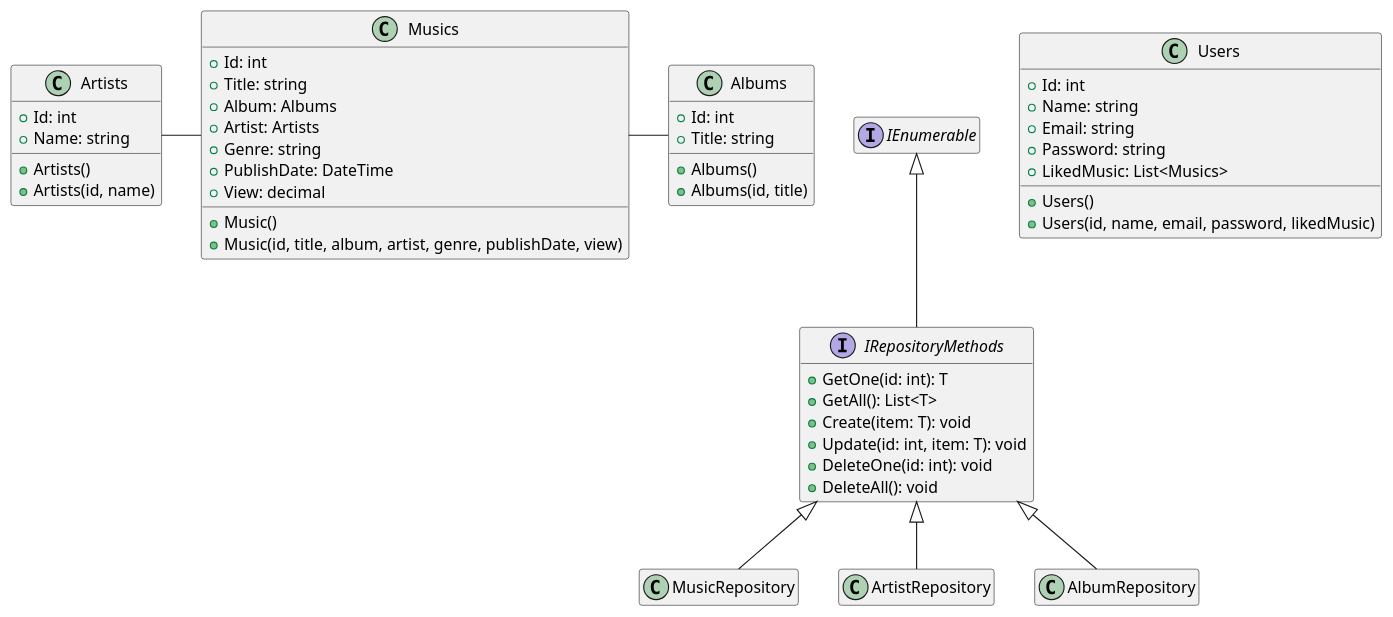
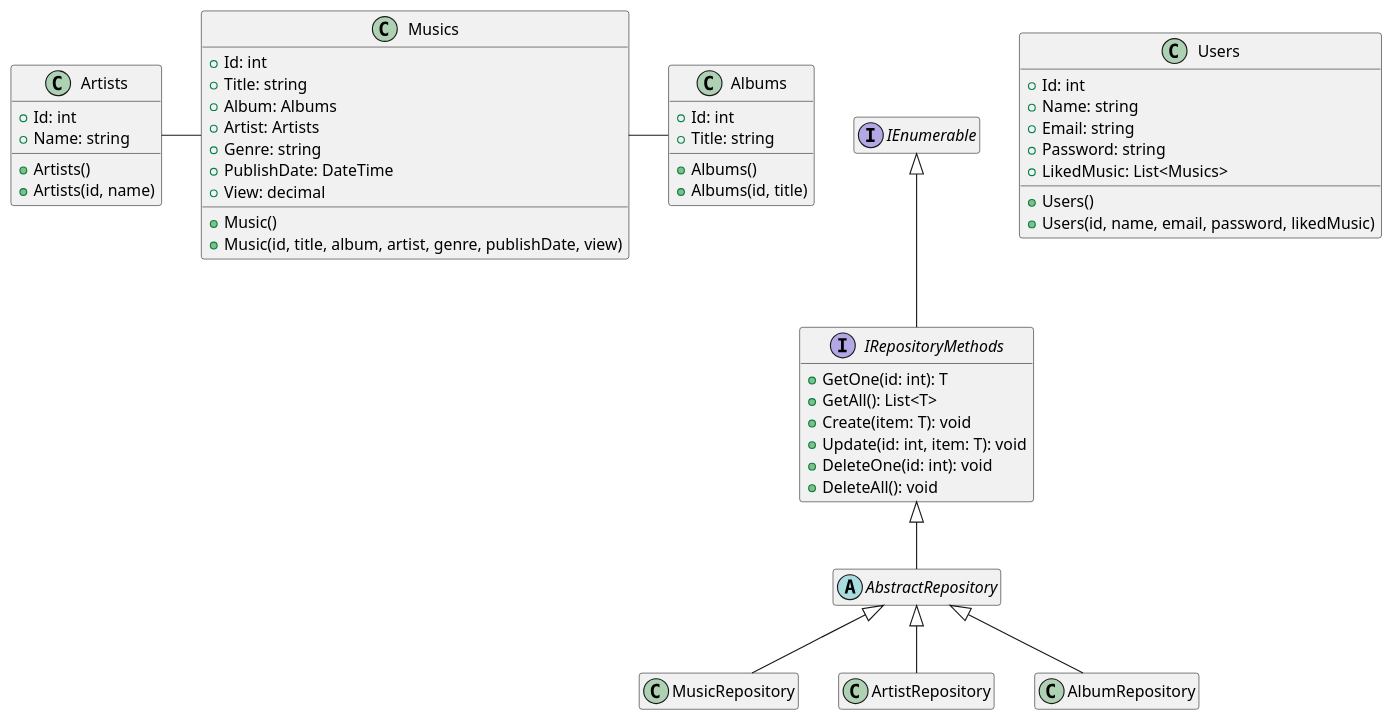
Before and after one commit to zcomert/yazilim-gereksinimi-ve-modelleme: the diagram in MusicApp/Diagrams/MusicApp.wsd, drawn with PlantUML. The commit also changed 2 other files, not shown here.

Commit message:
Week 8 MusicApp added!

```diff
--- a/MusicApp/Diagrams/MusicApp.wsd
+++ b/MusicApp/Diagrams/MusicApp.wsd
@@ -1,63 +1,66 @@
 @startuml MusicApp
 class Musics {
     + Id: int
     + Title: string
     + Album: Albums
     + Artist: Artists
     + Genre: string
     + PublishDate: DateTime
     + View: decimal
     + Music()
     + Music(id, title, album, artist, genre, publishDate, view)
 }
 
 class Artists {
     + Id: int
     + Name: string
     + Artists()
     + Artists(id, name)
 }
 
 class Albums {
     + Id: int
     + Title: string
     + Albums()
     + Albums(id, title)
 }
 
 class Users {
     + Id: int
     + Name: string
     + Email: string
     + Password: string
     + LikedMusic: List<Musics>
     + Users()
     + Users(id, name, email, password, likedMusic)
 }
 
 interface IRepositoryMethods {
     + GetOne(id: int): T
     + GetAll(): List<T>
     + Create(item: T): void
     + Update(id: int, item: T): void
     + DeleteOne(id: int): void
     + DeleteAll(): void
 }
 
+abstract AbstractRepository {}
+
 class MusicRepository{}
 class ArtistRepository{}
 class AlbumRepository{}
 
 interface IEnumerable {}
 
 hide empty fields
 hide empty methods
 
-MusicRepository -up-|> IRepositoryMethods
-AlbumRepository -up-|> IRepositoryMethods
-ArtistRepository -up-|> IRepositoryMethods
+MusicRepository -up-|> AbstractRepository
+AlbumRepository -up-|> AbstractRepository
+ArtistRepository -up-|> AbstractRepository
+AbstractRepository -up-|> IRepositoryMethods
 IRepositoryMethods -up-|> IEnumerable
 
 Artists -right- Musics
 Albums -left- Musics
 @enduml
```
